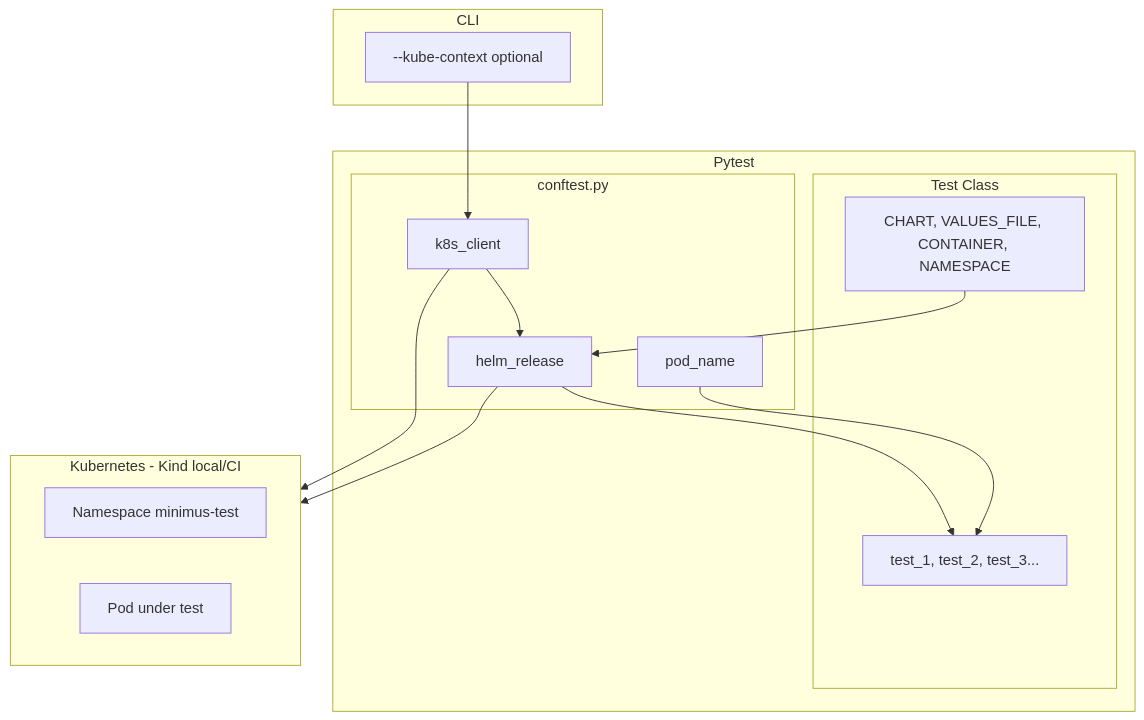
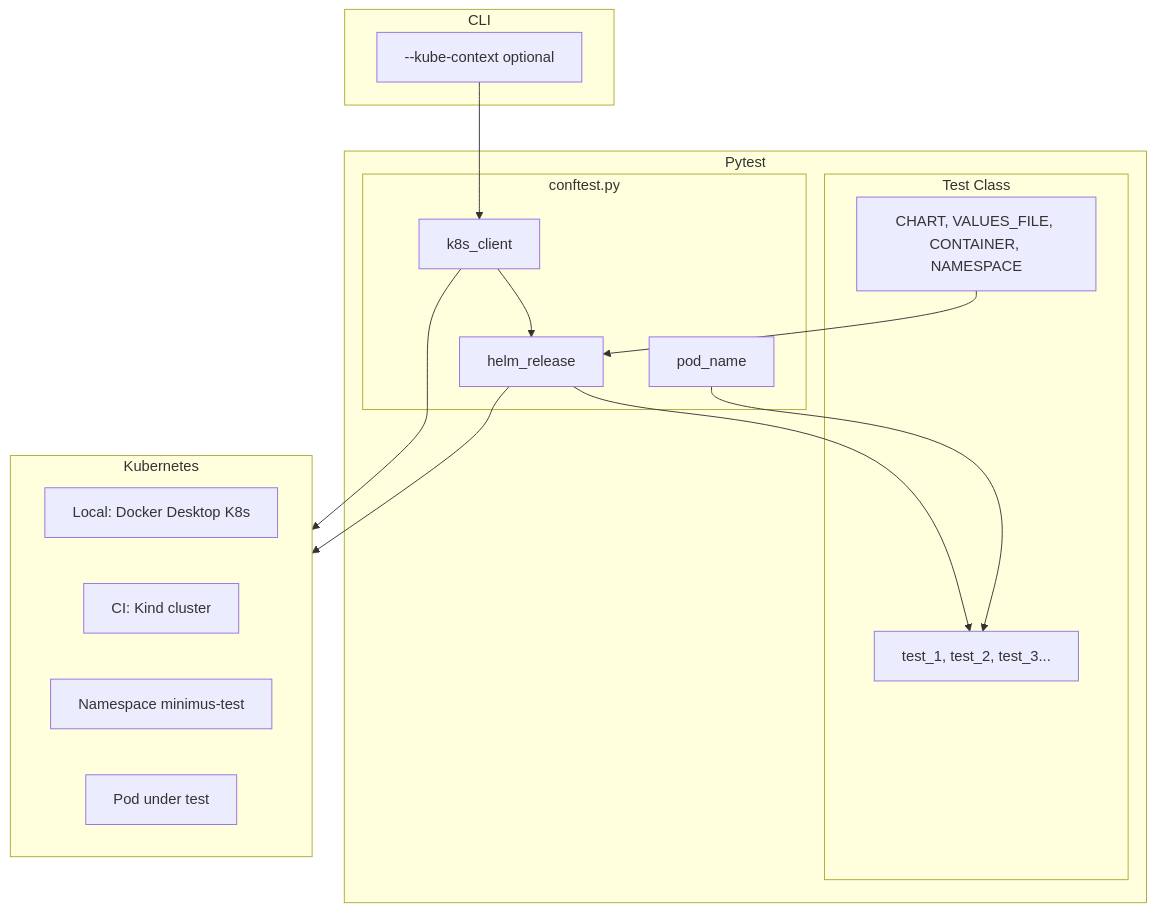
The diagram in README.md (refeali-io/k8s-helm-image-validation), drawn with Mermaid before and after one commit. The commit also changed other lines of this file, not shown here.

First line of the commit message:
Update README with enhanced setup instructions and Kubernetes context clarification

````diff
--- a/README.md
+++ b/README.md
@@ -54,31 +54,33 @@
 ```mermaid
 flowchart TB
     subgraph cli [CLI]
         kubeContext["--kube-context optional"]
     end
 
     subgraph pytest [Pytest]
         subgraph conftest [conftest.py]
             k8sClient[k8s_client]
             helmRelease[helm_release]
             podName[pod_name]
         end
         subgraph testClass [Test Class]
             classAttrs["CHART, VALUES_FILE, CONTAINER, NAMESPACE"]
             testMethods["test_1, test_2, test_3..."]
         end
     end
 
-    subgraph k8s [Kubernetes - Kind local/CI]
+    subgraph k8s [Kubernetes]
+        k8sLocal["Local: Docker Desktop K8s"]
+        k8sCI["CI: Kind cluster"]
         namespace[Namespace minimus-test]
         pod[Pod under test]
     end
 
     kubeContext --> k8sClient
     classAttrs --> helmRelease
     helmRelease --> testMethods
     k8sClient --> helmRelease
     podName --> testMethods
     k8sClient --> k8s
     helmRelease --> k8s
 ```
````
